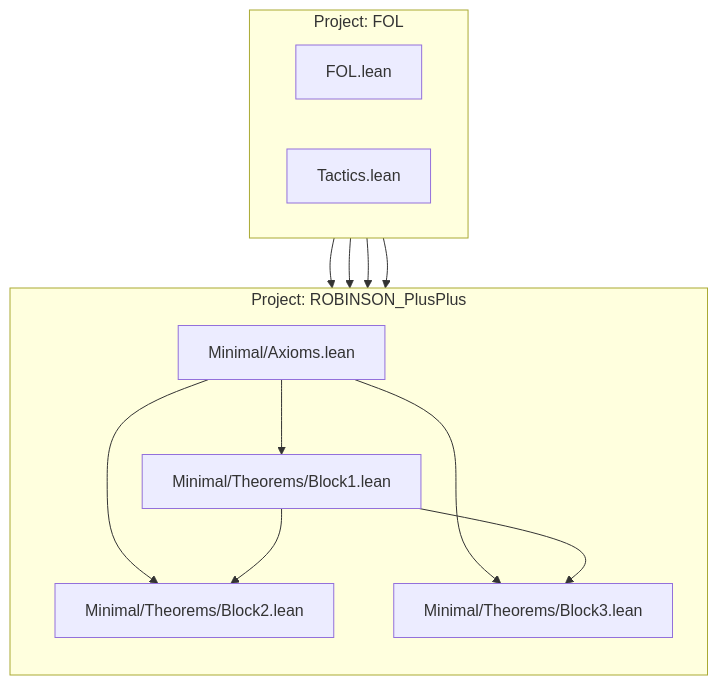
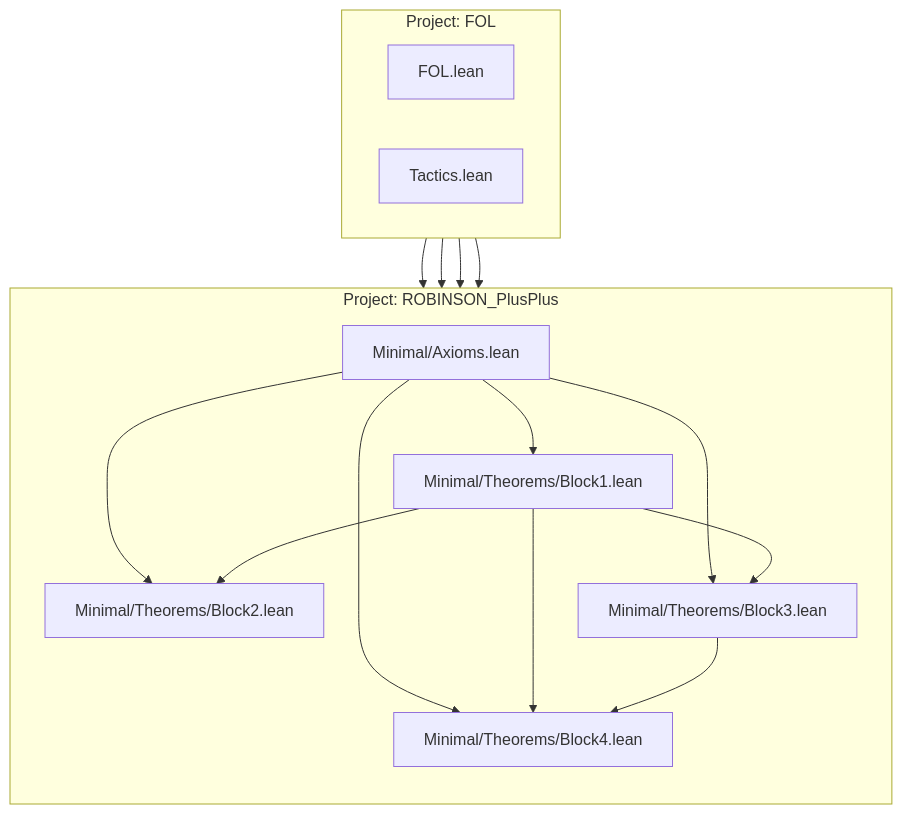
The diagram in REFERENCE.md (julian1c2a/ROBINSON_PlusPlus), drawn with Mermaid before and after one commit. The commit also changed other lines of this file and 5 other files, not shown here.

````diff
--- a/REFERENCE.md
+++ b/REFERENCE.md
@@ -101,26 +104,30 @@
 ```mermaid
 graph TD
     subgraph "Project: FOL"
         direction LR
         FOL_FOL["FOL.lean"]
         FOL_Tactics["Tactics.lean"]
     end
 
     subgraph "Project: ROBINSON_PlusPlus"
         direction TB
         Axioms["Minimal/Axioms.lean"]
         Block1["Minimal/Theorems/Block1.lean"]
         Block2["Minimal/Theorems/Block2.lean"]
         Block3["Minimal/Theorems/Block3.lean"]
+        Block4["Minimal/Theorems/Block4.lean"]
     end
 
     FOL_FOL --> Axioms
     Axioms --> Block1
     Axioms --> Block2
     Axioms --> Block3
+    Axioms --> Block4
     Block1 --> Block2
     Block1 --> Block3
+    Block1 --> Block4
+    Block3 --> Block4
     FOL_Tactics --> Block1
     FOL_Tactics --> Block2
     FOL_Tactics --> Block3
 ```
````
